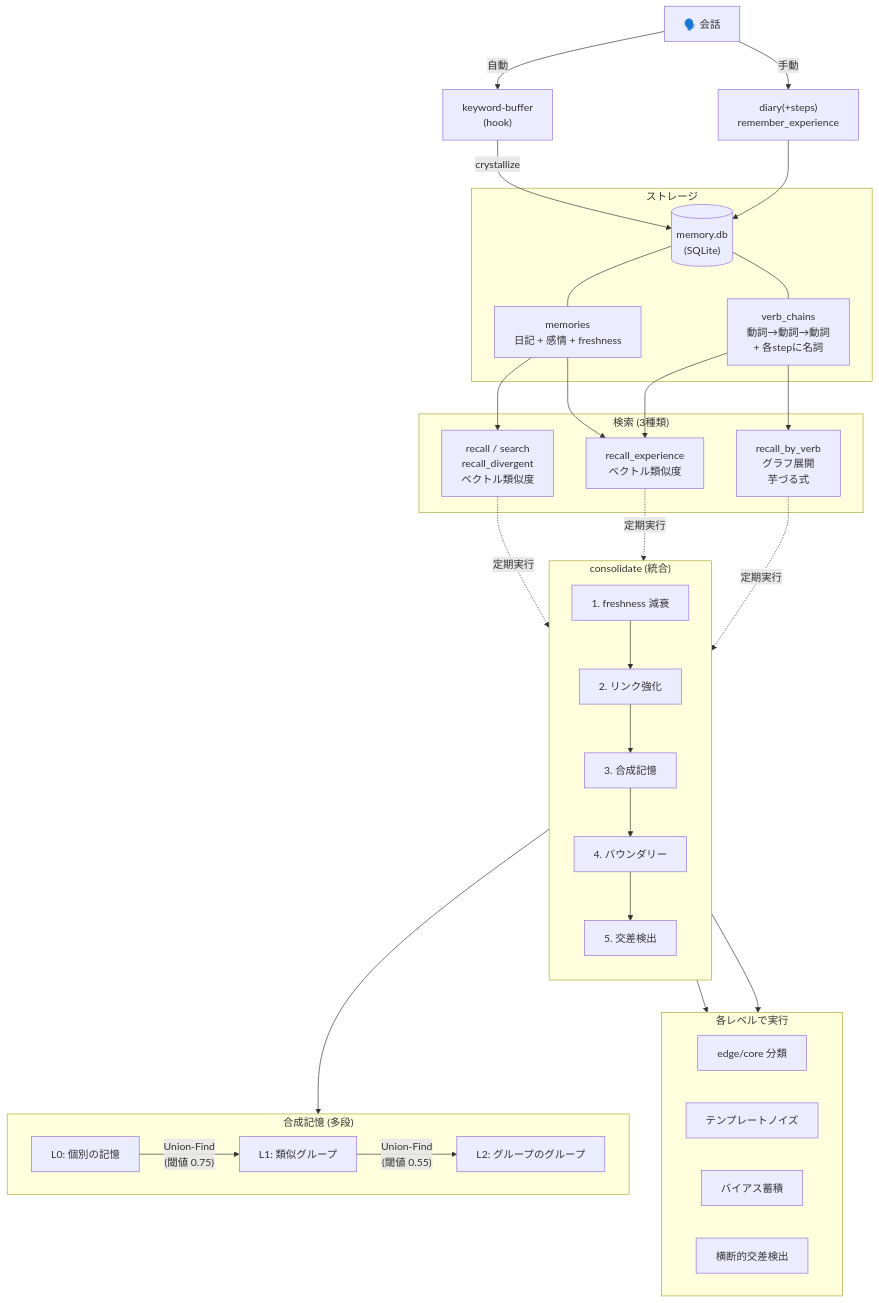
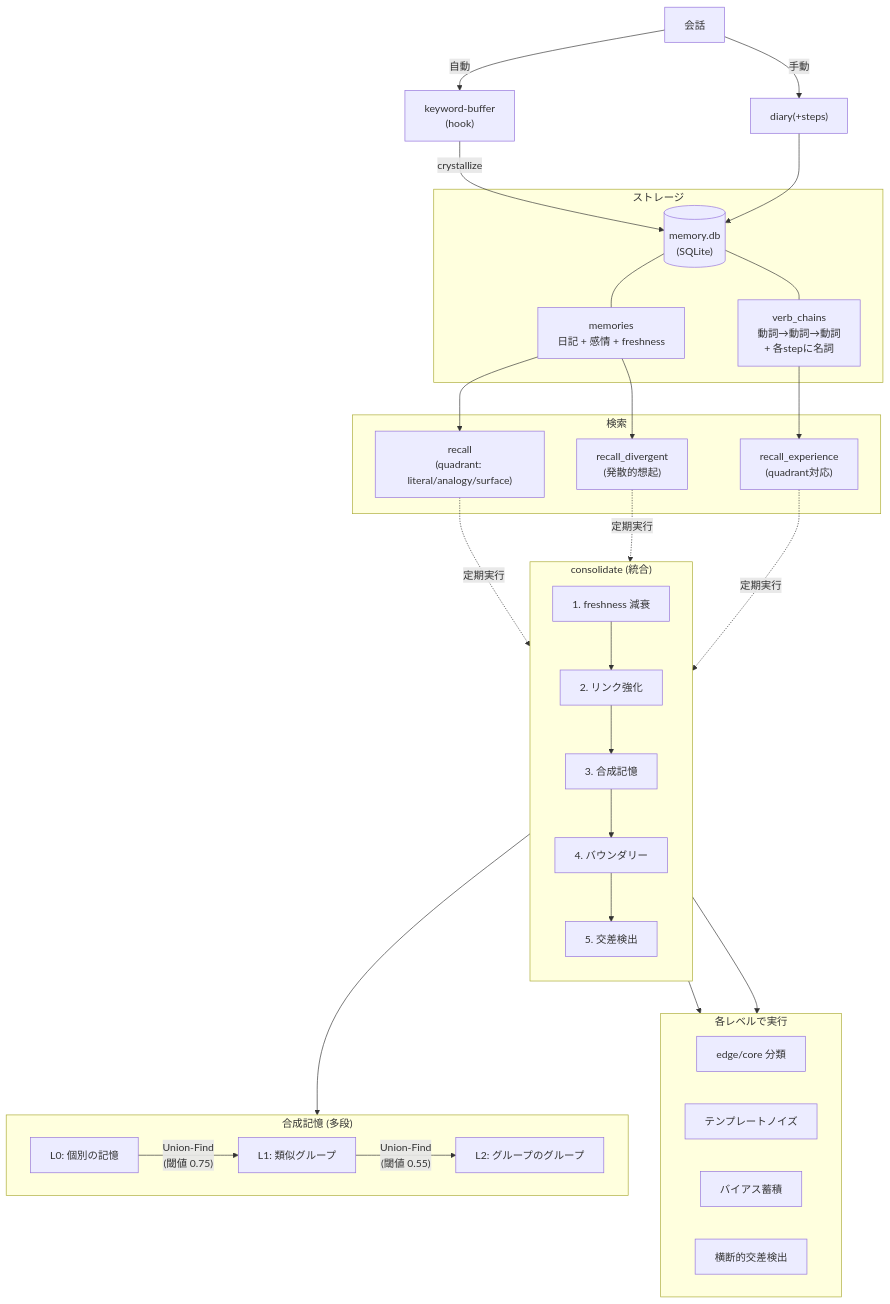
Before and after one commit to heishio/embodied-claude-rem: the diagram in README.md, drawn with Mermaid. The commit also changed other lines of this file, not shown here.

Commit message:
docs: README更新（マーメイド図・ツール一覧を9ツール構成に反映）

````diff
--- a/README.md
+++ b/README.md
@@ -16,59 +16,58 @@
 ```mermaid
 flowchart TD
-    A["🗣️ 会話"] -->|自動| B["keyword-buffer\n(hook)"]
-    A -->|手動| C["diary(+steps)\nremember_experience"]
+    A["会話"] -->|自動| B["keyword-buffer\n(hook)"]
+    A -->|手動| C["diary(+steps)"]
 
     B -->|crystallize| D[("memory.db\n(SQLite)")]
     C --> D
 
     subgraph storage ["ストレージ"]
         D
         M["memories\n日記 + 感情 + freshness"]
         V["verb_chains\n動詞→動詞→動詞\n+ 各stepに名詞"]
         D --- M
         D --- V
     end
 
-    subgraph recall ["検索 (3種類)"]
-        R1["recall / search\nrecall_divergent\nベクトル類似度"]
-        R2["recall_experience\nベクトル類似度"]
-        R3["recall_by_verb\nグラフ展開\n芋づる式"]
+    subgraph recall ["検索"]
+        R1["recall\n(quadrant: literal/analogy/surface)"]
+        R2["recall_divergent\n(発散的想起)"]
+        R3["recall_experience\n(quadrant対応)"]
     end
 
     M --> R1
     M --> R2
-    V --> R2
     V --> R3
 
     subgraph consolidate ["consolidate (統合)"]
         direction TB
         C1["1. freshness 減衰"]
         C2["2. リンク強化"]
         C3["3. 合成記憶"]
         C4["4. バウンダリー"]
         C5["5. 交差検出"]
         C1 --> C2 --> C3 --> C4 --> C5
     end
 
     R1 & R2 & R3 -.->|定期実行| consolidate
 
     subgraph composite ["合成記憶 (多段)"]
         L0["L0: 個別の記憶"]
         L1["L1: 類似グループ"]
         L2["L2: グループのグループ"]
         L0 -->|"Union-Find\n(閾値 0.75)"| L1
         L1 -->|"Union-Find\n(閾値 0.55)"| L2
     end
 
     C3 --> composite
 
     subgraph boundary ["各レベルで実行"]
         E1["edge/core 分類"]
         E2["テンプレートノイズ"]
         E3["バイアス蓄積"]
         E4["横断的交差検出"]
     end
 
     C4 --> boundary
     C5 --> boundary
 ```
````
